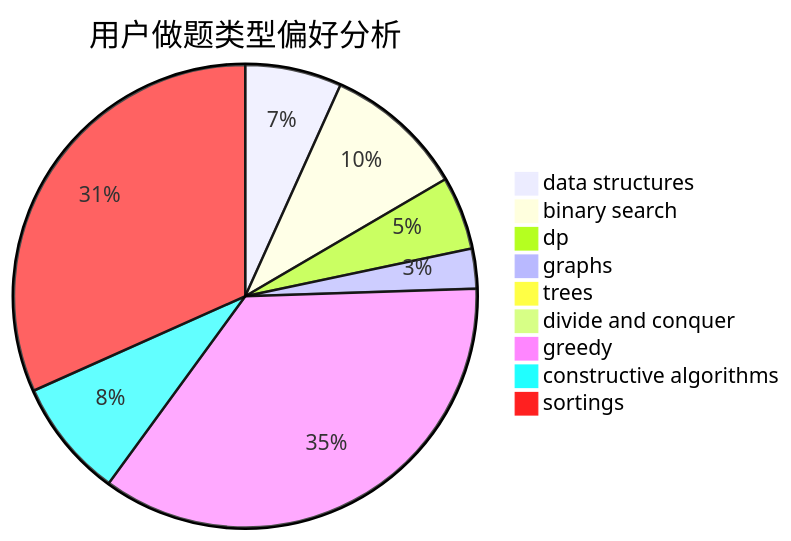
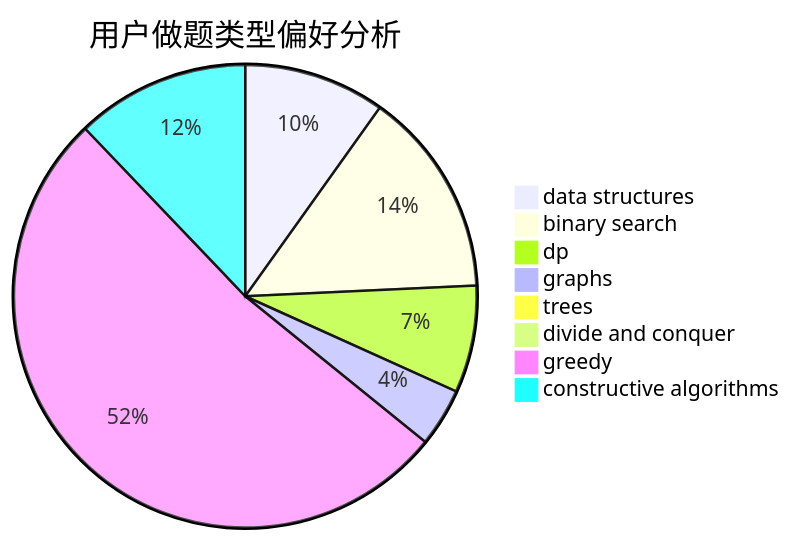
One commit to sherpahu/cfrs.github.io changed the second of 3 diagrams in docs/user/u389.md. Above: the diagram before and after it, drawn with Mermaid. The commit also changed other lines of this file and 2769 other files, not shown here.

````diff
--- a/docs/user/u389.md
+++ b/docs/user/u389.md
@@ -18,12 +18,11 @@
 ```mermaid
 pie title 用户做题类型偏好分析
     "data structures" :  87
     "binary search" :  127
     "dp" :  66
     "graphs" :  36
     "trees" :  0
     "divide and conquer" :  8
     "greedy" :  459
     "constructive algorithms" :  107
-    "sortings" :  409
 ```
````
